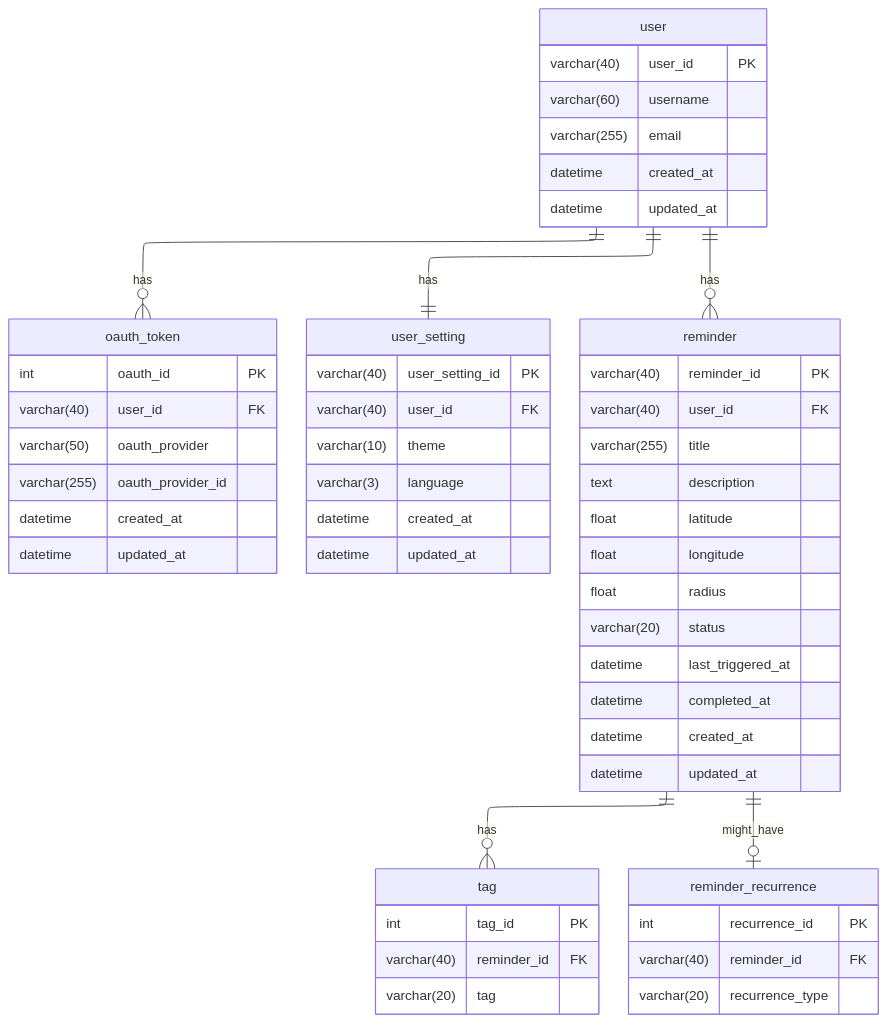
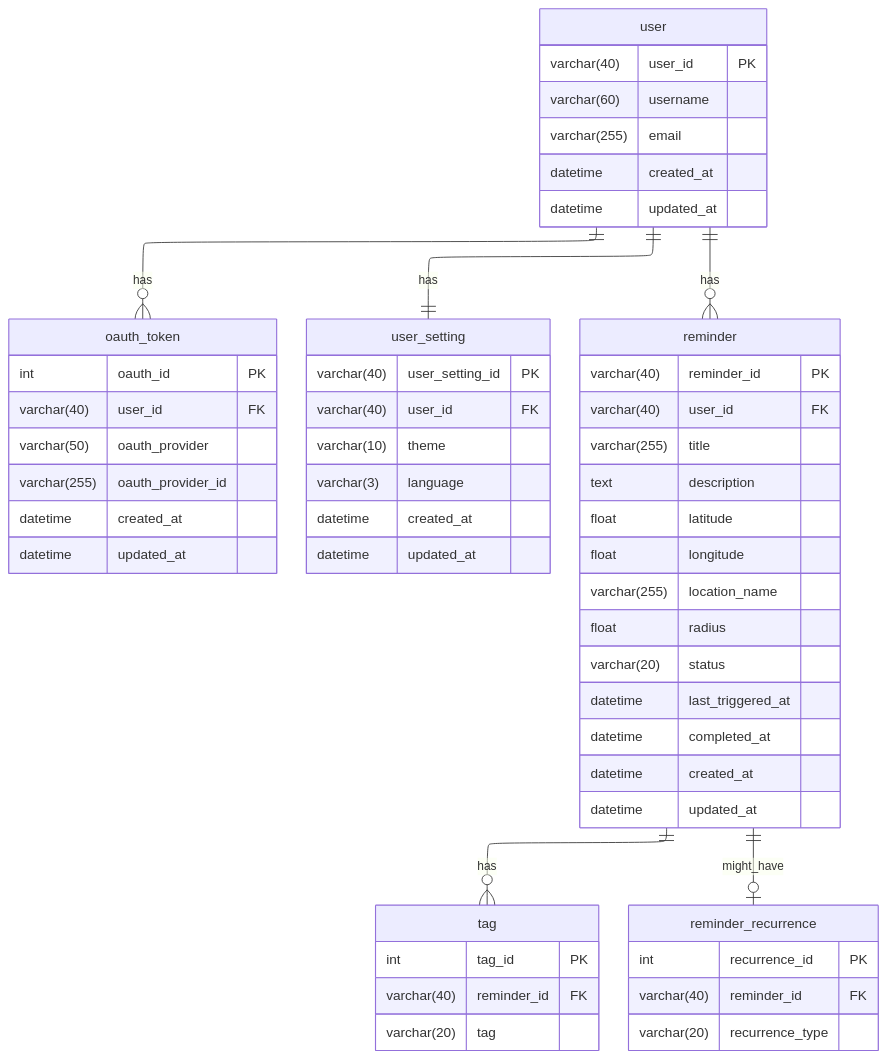
Before and after one commit to MapMinder/mapminder_documents: the diagram in er_diagram.md, drawn with Mermaid.

Commit message:
add: added location_name in reminder table

````diff
--- a/er_diagram.md
+++ b/er_diagram.md
@@ -3,70 +3,67 @@
 ```mermaid
 ---
 config:
     layout: elk
 ---
 erDiagram
 
 user {
     varchar(40) user_id PK
     varchar(60) username
     varchar(255) email
     datetime created_at
     datetime updated_at
 }
 
 oauth_token {
     int oauth_id PK
     varchar(40) user_id FK
     varchar(50) oauth_provider
     varchar(255) oauth_provider_id
     datetime created_at
     datetime updated_at
 }
 
 user_setting {
     varchar(40) user_setting_id PK
     varchar(40) user_id FK
     varchar(10) theme
     varchar(3) language
     datetime created_at
     datetime updated_at
 }
 
 reminder {
     varchar(40) reminder_id PK
     varchar(40) user_id FK
-
     varchar(255) title
     text description
-
     float latitude
     float longitude
+    varchar(255) location_name
     float radius
-
     varchar(20) status
     datetime last_triggered_at
     datetime completed_at
-
     datetime created_at
     datetime updated_at
 }
 
 tag {
     int tag_id PK
     varchar(40) reminder_id FK
     varchar(20) tag
 }
 
 reminder_recurrence {
     int recurrence_id PK
     varchar(40) reminder_id FK
     varchar(20) recurrence_type
 }
 
 user ||--o{ reminder : has
 user ||--o{ oauth_token : has
 user ||--|| user_setting : has
 reminder ||--o{ tag : has
 reminder ||--o| reminder_recurrence : might_have
 ```
````
